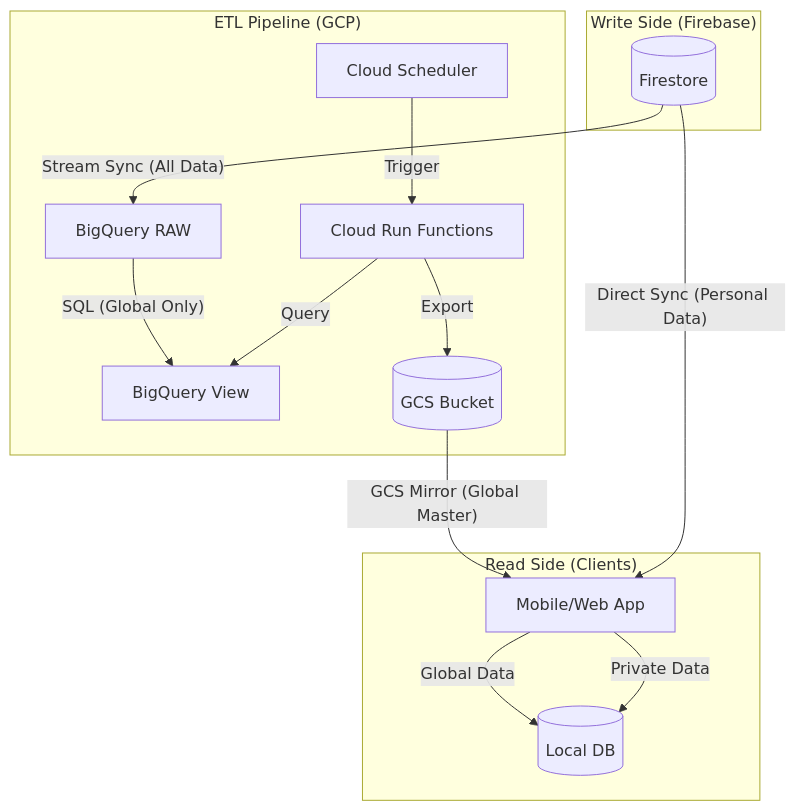
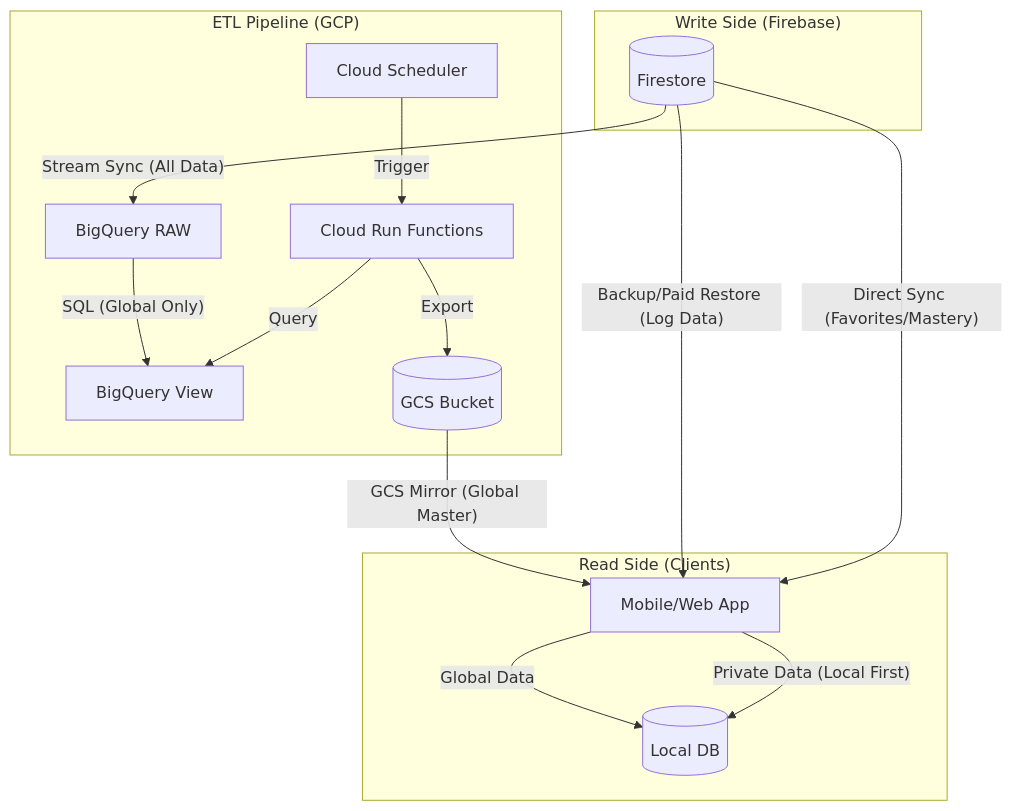
One commit to cloud-solutions-ttakeuchi/wedive changed the diagram in .agent/issue-116/01_infrastructure_pipeline.md. Above: the diagram before and after it, drawn with Mermaid. The commit also changed other lines of this file and 1 other file, not shown here.

Commit message:
Update log sync policy (Local-first + Async backup)

````diff
--- a/.agent/issue-116/01_infrastructure_pipeline.md
+++ b/.agent/issue-116/01_infrastructure_pipeline.md
@@ -8,26 +8,27 @@
 ```mermaid
 graph TD
     %% Source
     subgraph "Write Side (Firebase)"
         FS[(Firestore)]
     end
 
     %% ETL Pipeline
     subgraph "ETL Pipeline (GCP)"
         FS -- "Stream Sync (All Data)" --> BQ[BigQuery RAW]
         BQ -- "SQL (Global Only)" --> BQV[BigQuery View]
         
         CS[Cloud Scheduler] -- "Trigger" --> CF[Cloud Run Functions]
         CF -- "Query" --> BQV
         CF -- "Export" --> GCS[(GCS Bucket)]
     end
 
     %% Client Side
     subgraph "Read Side (Clients)"
         GCS -- "GCS Mirror (Global Master)" --> App
-        FS -- "Direct Sync (Personal Data)" --> App[Mobile/Web App]
+        FS -- "Backup/Paid Restore (Log Data)" --> App
+        FS -- "Direct Sync (Favorites/Mastery)" --> App[Mobile/Web App]
         
         App -- "Global Data" --> SQLite[(Local DB)]
-        App -- "Private Data" --> SQLite
+        App -- "Private Data (Local First)" --> SQLite
     end
 ```
````
